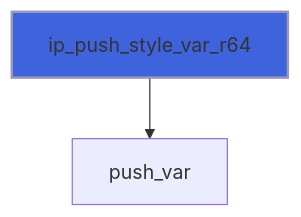
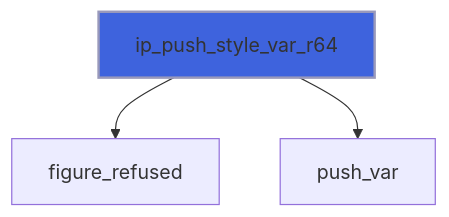
Diagram 17 of 44 in docs/api/src/lib/figure_style.md (szaghi/figure), drawn with Mermaid before and after one commit. The commit also changed other lines of this file and 10 other files, not shown here.

````diff
--- a/docs/api/src/lib/figure_style.md
+++ b/docs/api/src/lib/figure_style.md
@@ -551,5 +588,6 @@
 ```mermaid
 flowchart TD
+  ip_push_style_var_r64["ip_push_style_var_r64"] --> figure_refused["figure_refused"]
   ip_push_style_var_r64["ip_push_style_var_r64"] --> push_var["push_var"]
   style ip_push_style_var_r64 fill:#3e63dd,stroke:#99b,stroke-width:2px
 ```
````
